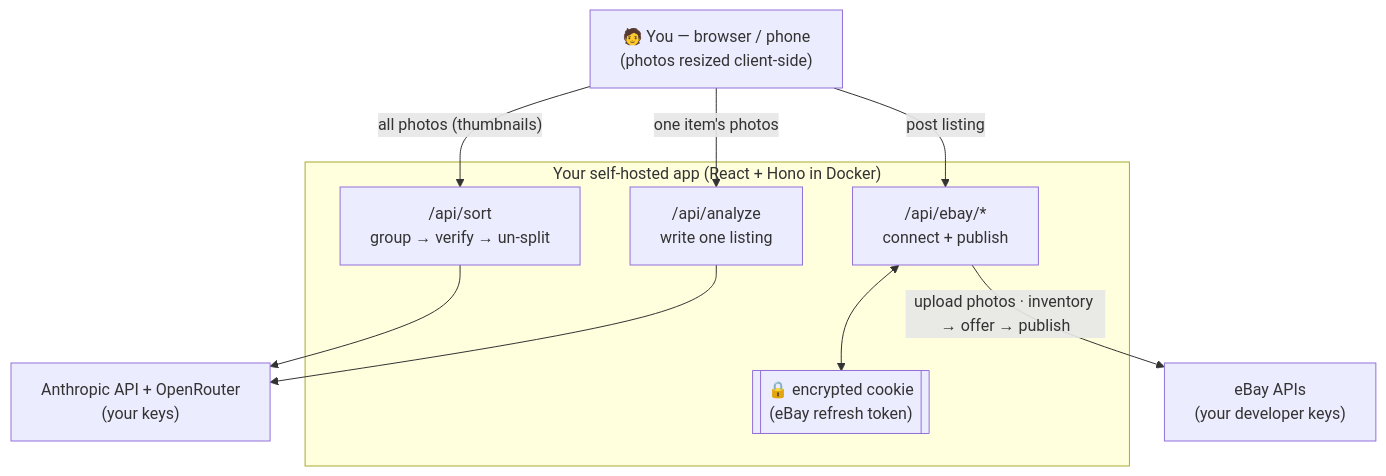
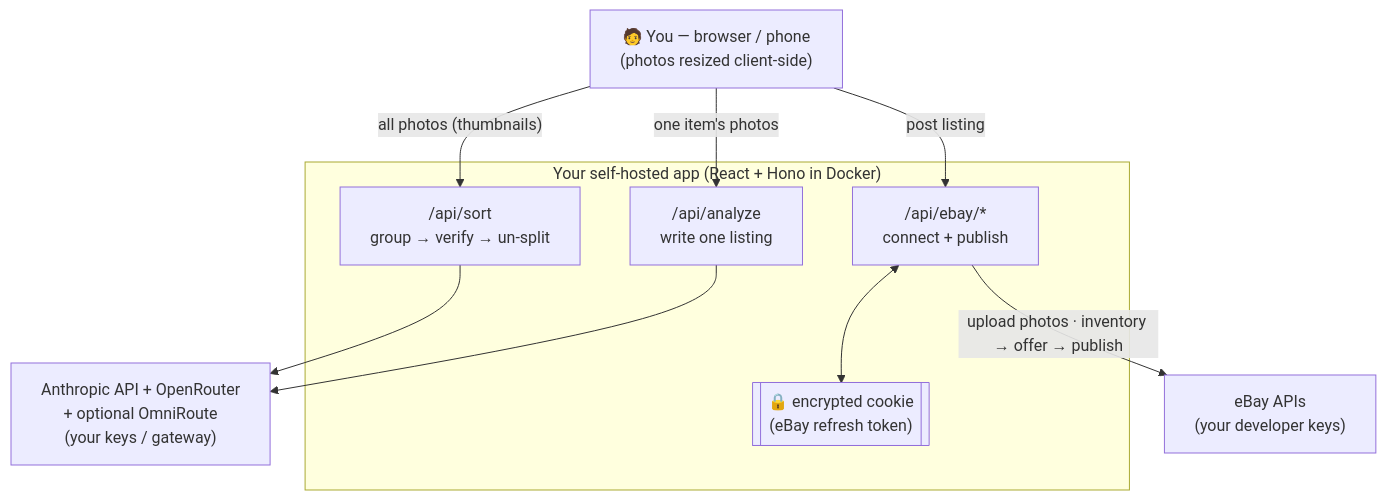
One commit to monkeyx-net/hahm-ebay-lister changed the diagram in README.md. Above: the diagram before and after it, drawn with Mermaid. The commit also changed other lines of this file and 9 other files, not shown here.

First line of the commit message:
Add OmniRoute as a third AI provider (self-hosted gateway)

````diff
--- a/README.md
+++ b/README.md
@@ -290,20 +295,20 @@
 ```mermaid
 flowchart TD
     U["🧑 You — browser / phone<br/>(photos resized client-side)"]
     subgraph V["Your self-hosted app (React + Hono in Docker)"]
         S["/api/sort<br/>group → verify → un-split"]
         A["/api/analyze<br/>write one listing"]
         E["/api/ebay/*<br/>connect + publish"]
         C[["🔒 encrypted cookie<br/>(eBay refresh token)"]]
     end
-    AN["Anthropic API + OpenRouter<br/>(your keys)"]
+    AN["Anthropic API + OpenRouter<br/>+ optional OmniRoute<br/>(your keys / gateway)"]
     EB["eBay APIs<br/>(your developer keys)"]
 
     U -->|"all photos (thumbnails)"| S
     U -->|"one item's photos"| A
     U -->|"post listing"| E
     S --> AN
     A --> AN
     E <--> C
     E -->|"upload photos · inventory → offer → publish"| EB
 ```
````
